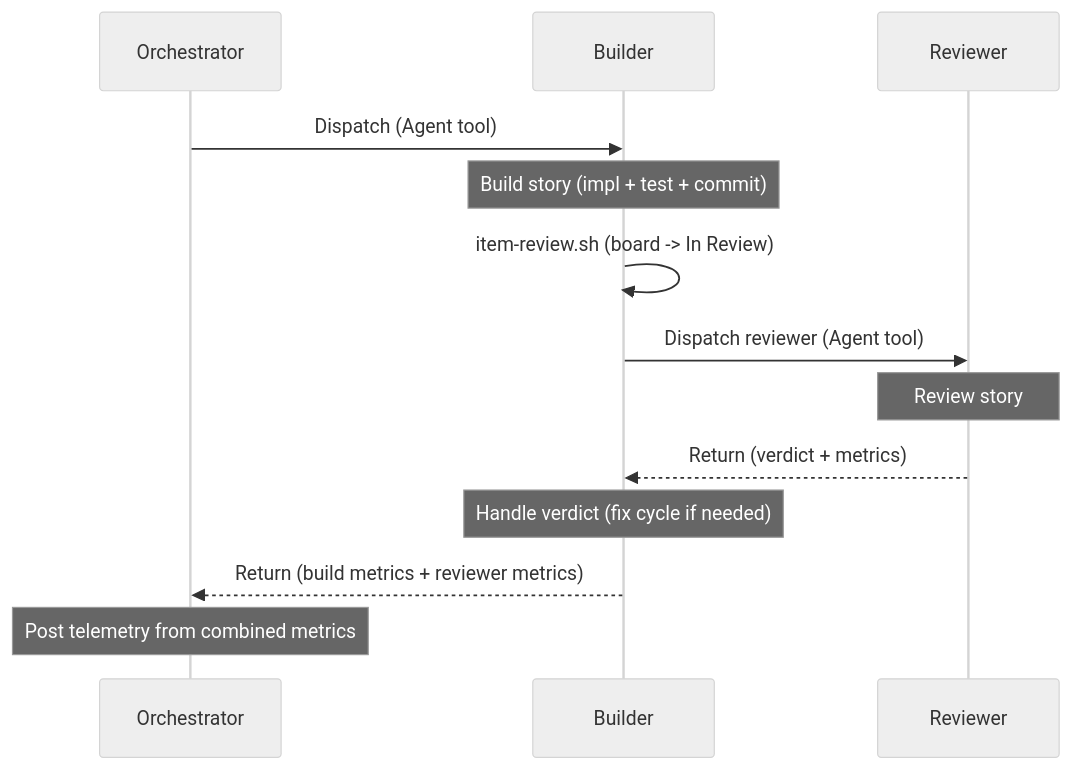
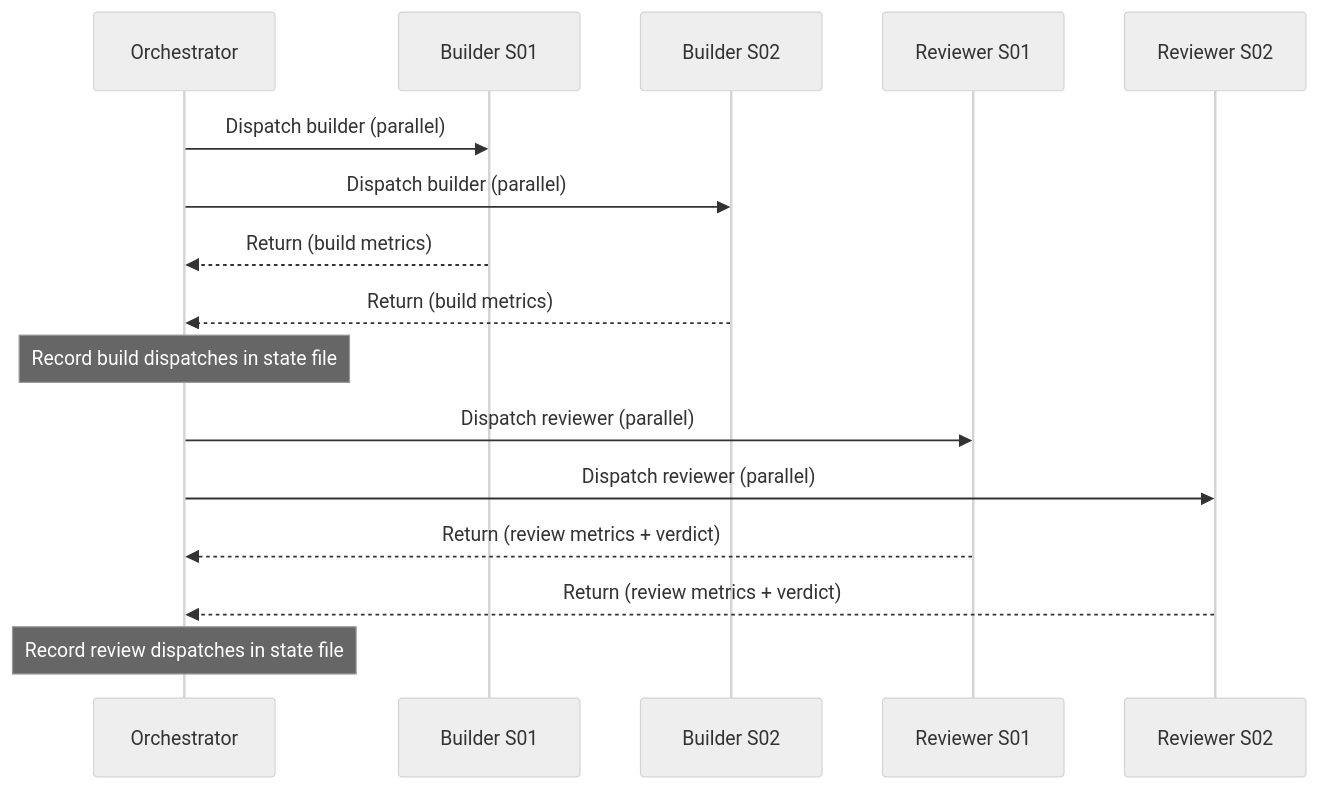
One commit to carlosboeing/agentic-sdlc-workflow changed the second of 3 diagrams in docs/2-design/2026-03-19-phase-restructuring.md. Above: the diagram before and after it, drawn with Mermaid (neutral theme). The commit also changed other lines of this file and 4 other files, not shown here.

````diff
--- a/docs/2-design/2026-03-19-phase-restructuring.md
+++ b/docs/2-design/2026-03-19-phase-restructuring.md
@@ -275,16 +347,19 @@
 ```mermaid
 sequenceDiagram
     participant O as Orchestrator
-    participant B as Builder
-    participant R as Reviewer
+    participant B1 as Builder S01
+    participant B2 as Builder S02
+    participant R1 as Reviewer S01
+    participant R2 as Reviewer S02
 
-    O->>B: Dispatch (Agent tool)
-    Note over B: Build story (impl + test + commit)
-    B->>B: item-review.sh (board -> In Review)
-    B->>R: Dispatch reviewer (Agent tool)
-    Note over R: Review story
-    R-->>B: Return (verdict + metrics)
-    Note over B: Handle verdict (fix cycle if needed)
-    B-->>O: Return (build metrics + reviewer metrics)
-    Note over O: Post telemetry from combined metrics
+    O->>B1: Dispatch builder (parallel)
+    O->>B2: Dispatch builder (parallel)
+    B1-->>O: Return (build metrics)
+    B2-->>O: Return (build metrics)
+    Note over O: Record build dispatches in state file
+    O->>R1: Dispatch reviewer (parallel)
+    O->>R2: Dispatch reviewer (parallel)
+    R1-->>O: Return (review metrics + verdict)
+    R2-->>O: Return (review metrics + verdict)
+    Note over O: Record review dispatches in state file
 ```
````
